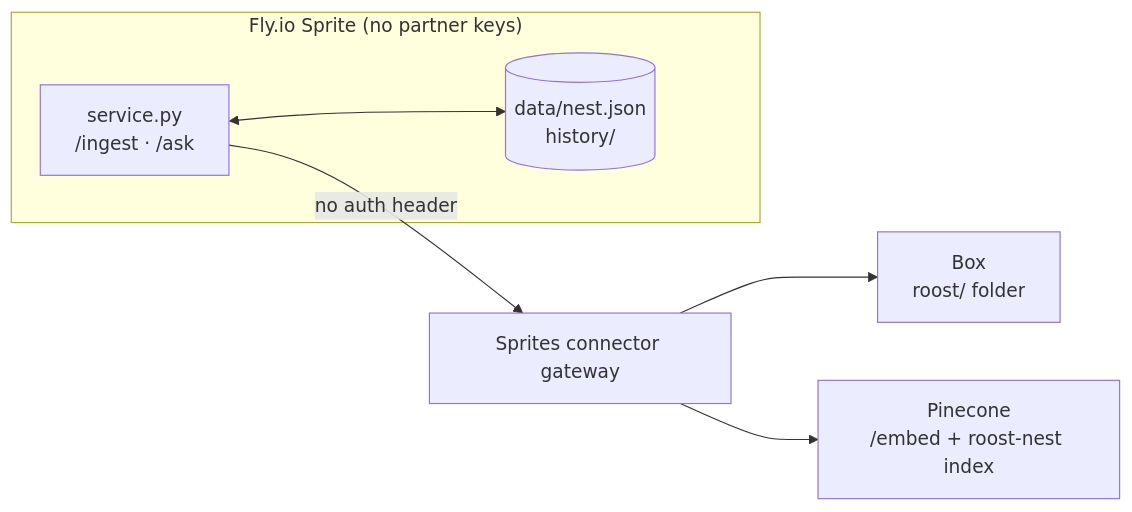
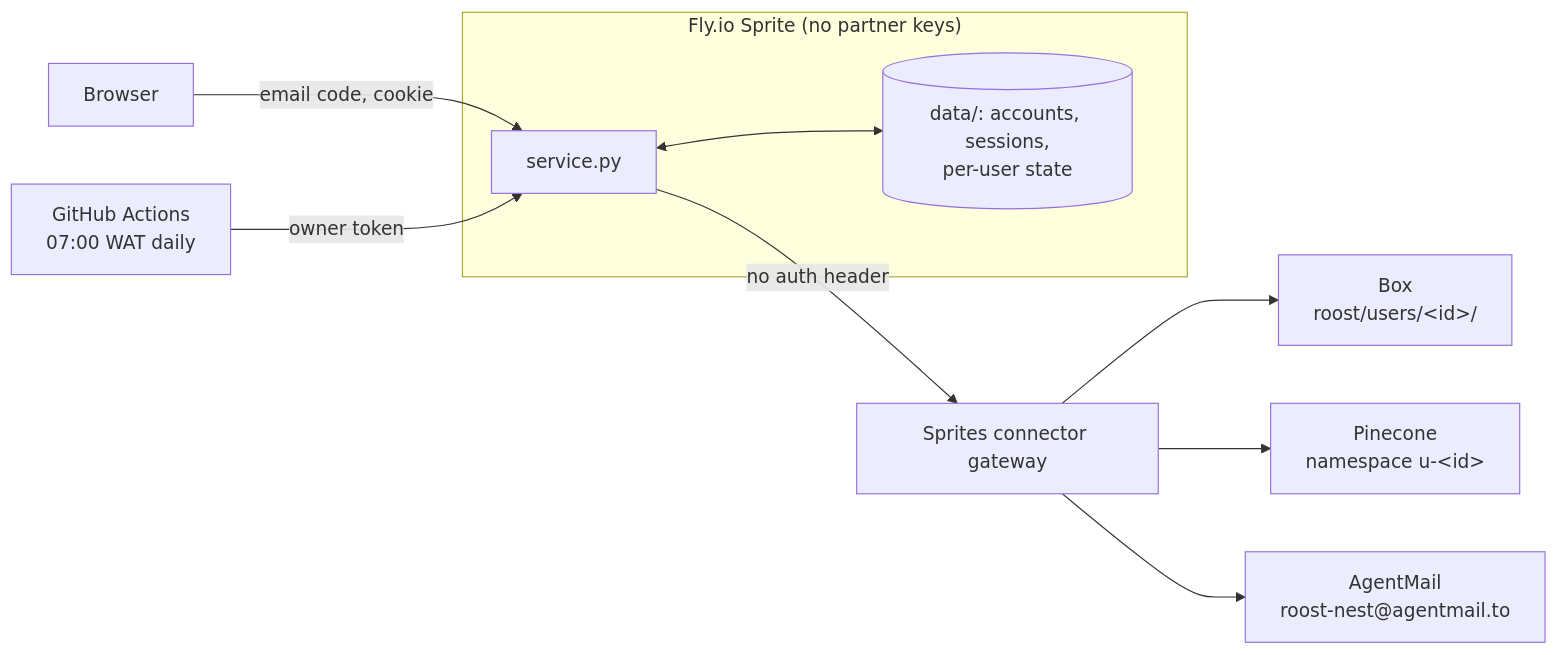
The diagram in README.md (amjedidiah/roost), drawn with Mermaid before and after one commit. The commit also changed other lines of this file and 19 other files, not shown here.

````diff
--- a/README.md
+++ b/README.md
@@ -34,14 +21,14 @@
 ```mermaid
 flowchart LR
+  U["Browser"] -->|email code, cookie| S
+  GH["GitHub Actions<br/>07:00 WAT daily"] -->|owner token| S
   subgraph Sprite["Fly.io Sprite (no partner keys)"]
-    S["service.py<br/>/ingest · /ask"]
-    N[("data/nest.json<br/>history/")]
+    S["service.py"]
+    D[("data/: accounts, sessions,<br/>per-user state")]
   end
-  G["Sprites connector gateway"]
-  B["Box<br/>roost/ folder"]
-  P["Pinecone<br/>/embed + roost-nest index"]
-  S <--> N
-  S -->|no auth header| G
-  G --> B
-  G --> P
+  S <--> D
+  S -->|no auth header| G["Sprites connector gateway"]
+  G --> B["Box<br/>roost/users/&lt;id&gt;/"]
+  G --> P["Pinecone<br/>namespace u-&lt;id&gt;"]
+  G --> M["AgentMail<br/>roost-nest@agentmail.to"]
 ```
````
